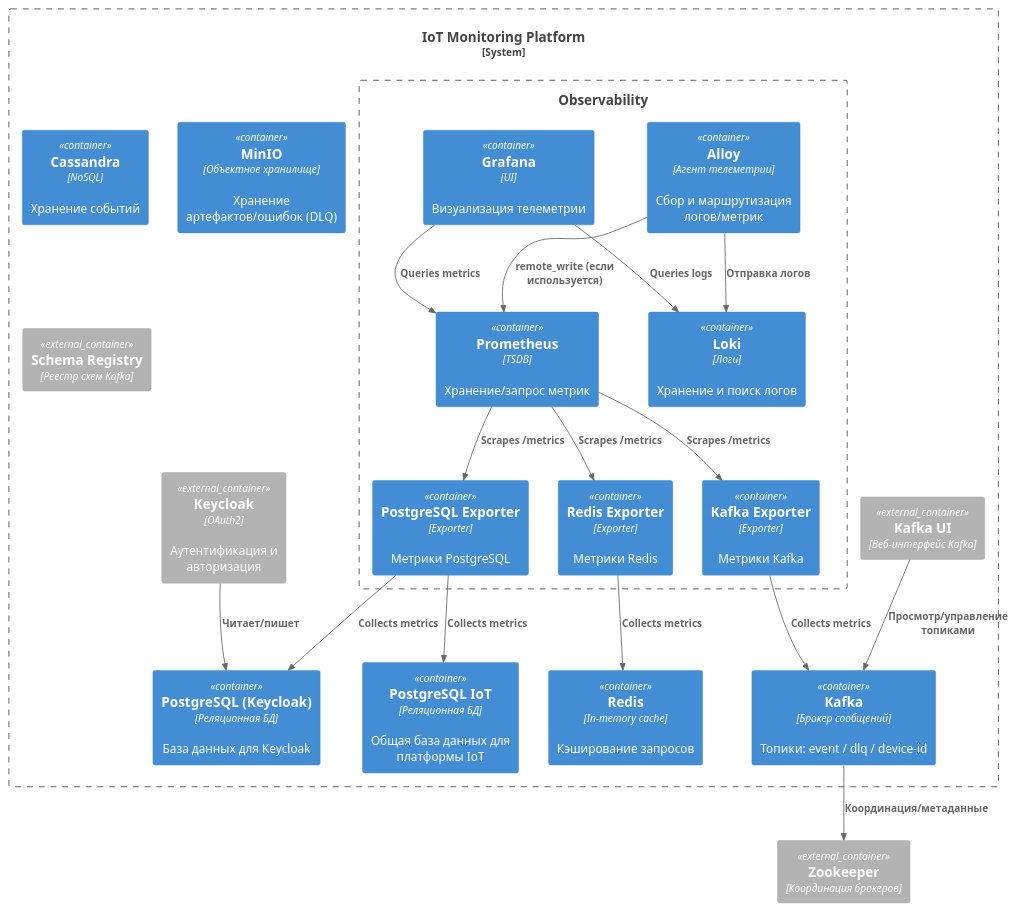
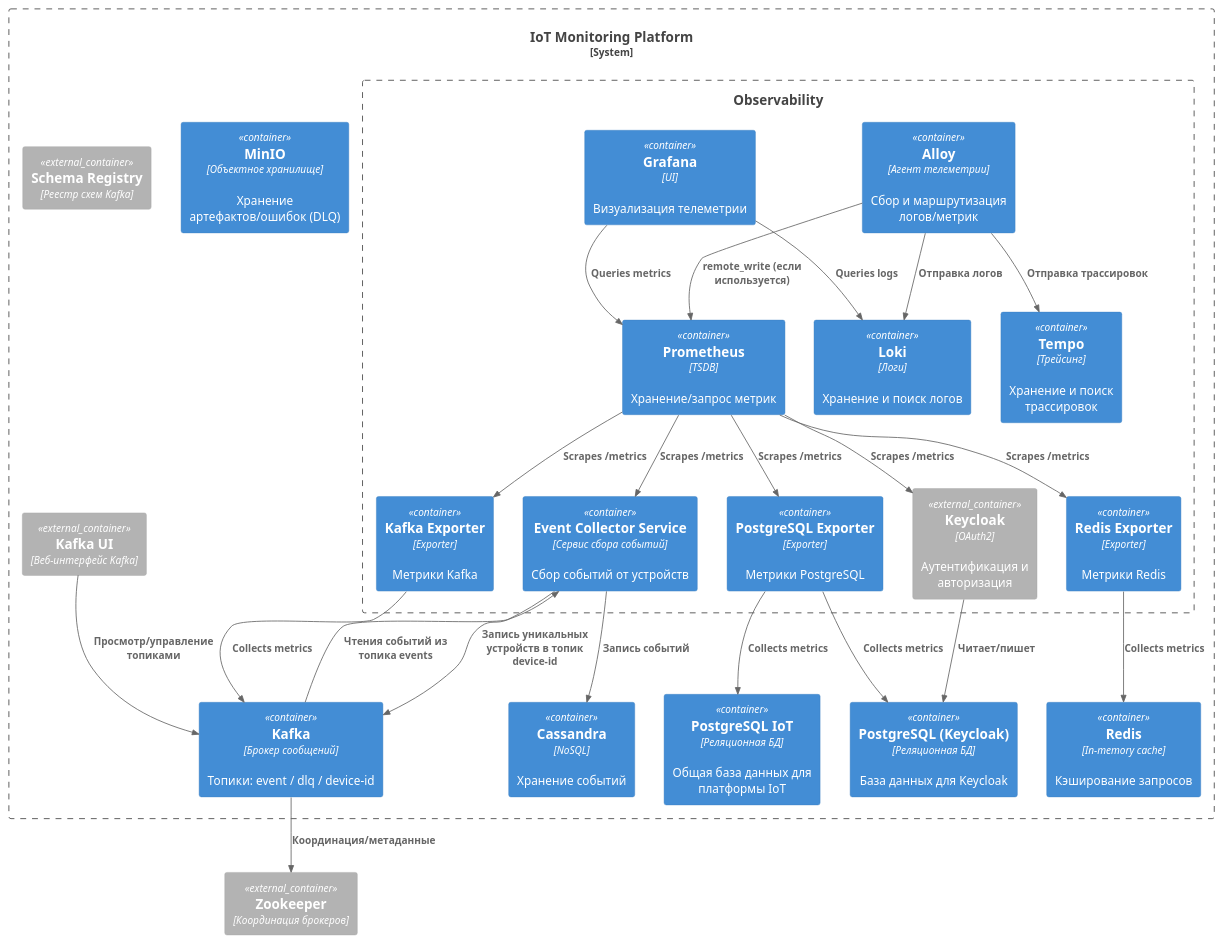
One commit to Ussopmm/iot-platform changed the diagram in diagrams/containers.puml. Above: the diagram before and after it, drawn with PlantUML. The commit also changed 3 other files, not shown here.

Commit message:
added component and sequence uml diagram, edited readme file & container diagram

```diff
--- a/diagrams/containers.puml
+++ b/diagrams/containers.puml
@@ -2,51 +2,62 @@
 @startuml
 !includeurl https://raw.githubusercontent.com/plantuml-stdlib/C4-PlantUML/master/C4_Container.puml
 
 System_Boundary(platform, "IoT Monitoring Platform") {
     Container(postgresql_keycloak, "PostgreSQL (Keycloak)", "Реляционная БД", "База данных для Keycloak")
     Container(postgresql_iot, "PostgreSQL IoT", "Реляционная БД", "Общая база данных для платформы IoT")
     Container(redis, "Redis", "In-memory cache", "Кэширование запросов")
     Container(cassandra_cluster, "Cassandra", "NoSQL", "Хранение событий")
     Container(kafka_cluster, "Kafka", "Брокер сообщений", "Топики: event / dlq / device-id")
     Container(minio, "MinIO", "Объектное хранилище", "Хранение артефактов/ошибок (DLQ)")
-
-
-    Container_Ext(keycloak, "Keycloak", "OAuth2", "Аутентификация и авторизация")
+'    Container(event_collector_service, "Event Collector Service", "Сервис сбора событий", "Сбор событий от устройств")
+'
+'    Container_Ext(keycloak, "Keycloak", "OAuth2", "Аутентификация и авторизация")
     Container_Ext(schema_registry, "Schema Registry", "Реестр схем Kafka")
     Container_Ext(kafka_ui, "Kafka UI", "Веб-интерфейс Kafka")
 
     Boundary(obs, "Observability") {
         Container(alloy, "Alloy", "Агент телеметрии", "Сбор и маршрутизация логов/метрик")
         Container(prometheus, "Prometheus", "TSDB", "Хранение/запрос метрик")
         Container(loki, "Loki", "Логи", "Хранение и поиск логов")
         Container(grafana, "Grafana", "UI", "Визуализация телеметрии")
+        Container(tempo, "Tempo", "Трейсинг", "Хранение и поиск трассировок")
 
         Container(redis_exporter, "Redis Exporter", "Exporter", "Метрики Redis")
         Container(kafka_exporter, "Kafka Exporter", "Exporter", "Метрики Kafka")
         Container(postgres_exporter, "PostgreSQL Exporter", "Exporter", "Метрики PostgreSQL")
+        Container(event_collector_service, "Event Collector Service", "Сервис сбора событий", "Сбор событий от устройств")
+        Container_Ext(keycloak, "Keycloak", "OAuth2", "Аутентификация и авторизация")
+
     }
 }
 Container_Ext(zookeeper, "Zookeeper", "Координация брокеров")
 
 
 Rel(keycloak, postgresql_keycloak, "Читает/пишет")
 Rel(kafka_cluster, zookeeper, "Координация/метаданные")
 
 Rel(redis_exporter, redis, "Collects metrics")
 Rel(kafka_exporter, kafka_cluster, "Collects metrics")
 Rel(postgres_exporter, postgresql_iot, "Collects metrics")
 Rel(postgres_exporter, postgresql_keycloak, "Collects metrics")
 
 Rel(prometheus, redis_exporter, "Scrapes /metrics")
 Rel(prometheus, kafka_exporter, "Scrapes /metrics")
 Rel(prometheus, postgres_exporter, "Scrapes /metrics")
+Rel(prometheus, event_collector_service, "Scrapes /metrics")
+Rel(prometheus, keycloak, "Scrapes /metrics")
 
 Rel(grafana, prometheus, "Queries metrics")
 Rel(grafana, loki, "Queries logs")
 
 Rel(alloy, loki, "Отправка логов")
 Rel(alloy, prometheus, "remote_write (если используется)")
+Rel(alloy, tempo, "Отправка трассировок")
 
 Rel(kafka_ui, kafka_cluster, "Просмотр/управление топиками")
 
+Rel(event_collector_service, kafka_cluster, "Запись уникальных устройств в топик device-id")
+Rel(kafka_cluster, event_collector_service, "Чтения событий из топика events")
+Rel(event_collector_service, cassandra_cluster, "Запись событий")
+
 @enduml
```
